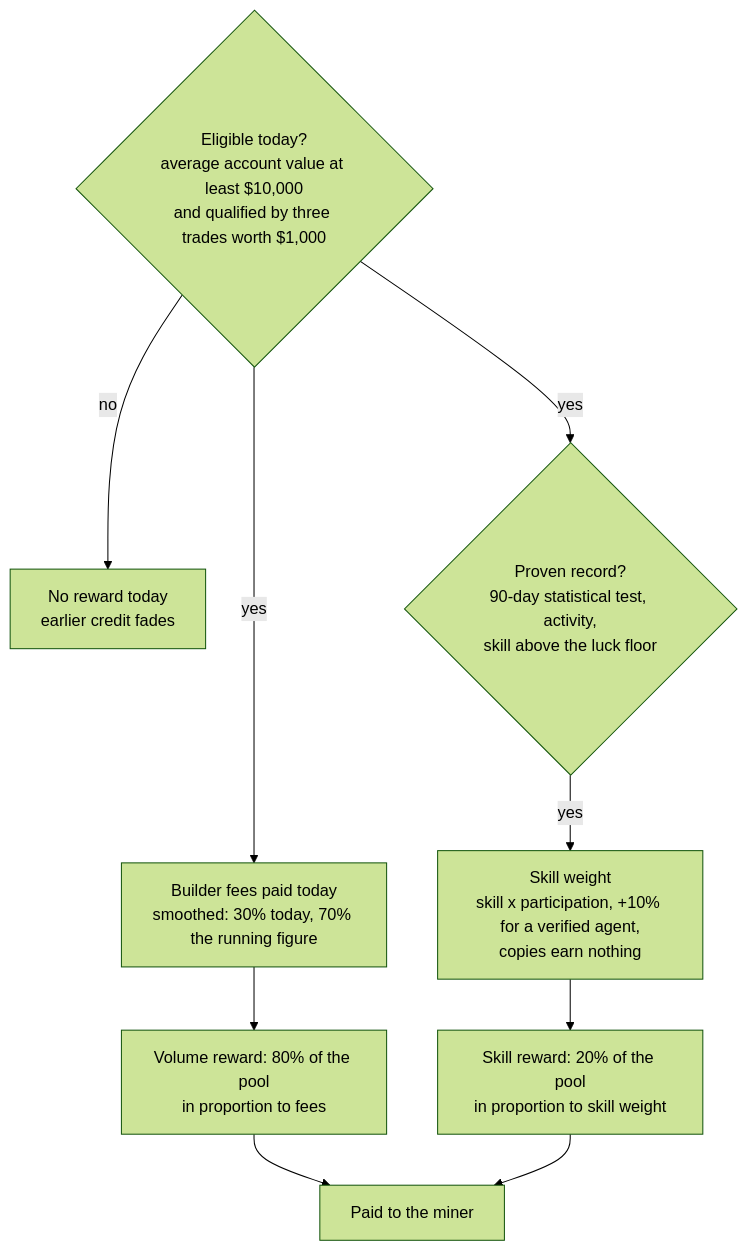
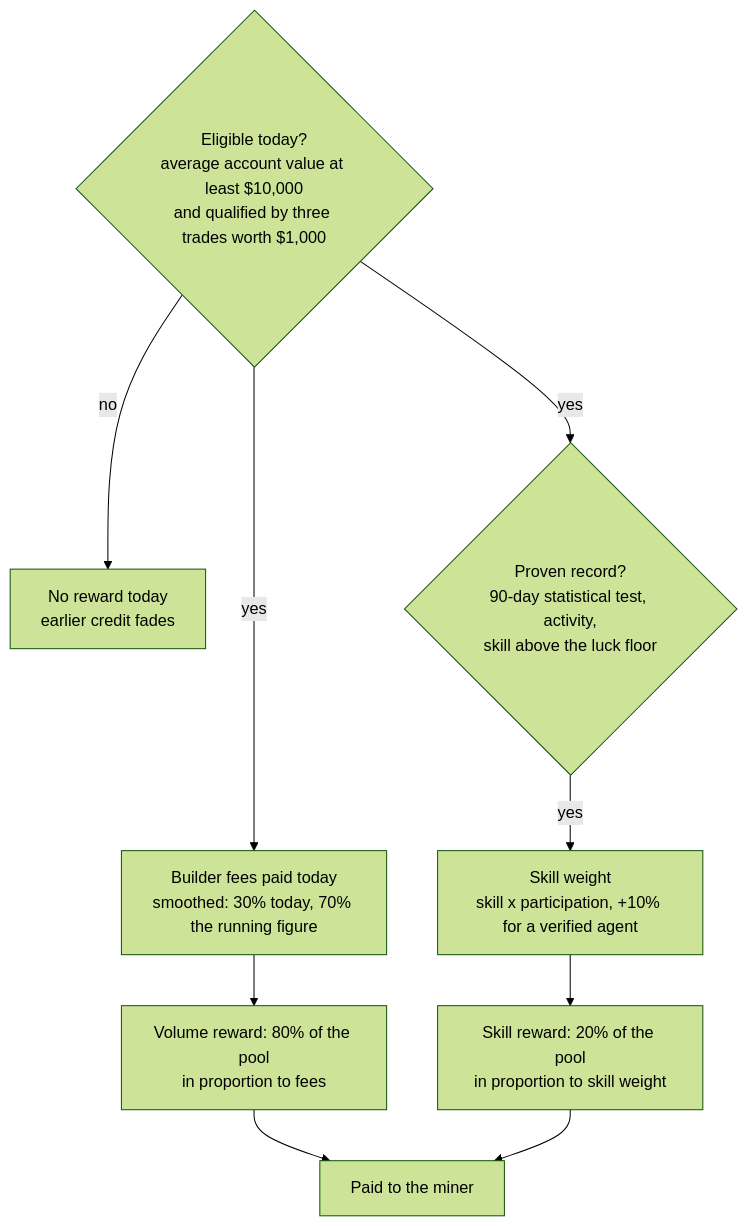
One commit to kokoahdotcom/kokoah-subnet changed the third of 3 diagrams in docs/whitepaper.md. Above: the diagram before and after it, drawn with Mermaid (forest theme). The commit also changed other lines of this file, not shown here.

````diff
--- a/docs/whitepaper.md
+++ b/docs/whitepaper.md
@@ -128,11 +128,11 @@
 ```mermaid
 flowchart TD
   E{Eligible today?<br/>average account value at least $10,000<br/>and qualified by three trades worth $1,000} -->|no| Z[No reward today<br/>earlier credit fades]
   E -->|yes| F[Builder fees paid today<br/>smoothed: 30% today, 70% the running figure]
   F --> VP[Volume reward: 80% of the pool<br/>in proportion to fees]
   E -->|yes| S{Proven record?<br/>90-day statistical test, activity,<br/>skill above the luck floor}
-  S -->|yes| W[Skill weight<br/>skill x participation, +10% for a verified agent,<br/>copies earn nothing]
+  S -->|yes| W[Skill weight<br/>skill x participation, +10% for a verified agent]
   W --> SP[Skill reward: 20% of the pool<br/>in proportion to skill weight]
   VP --> PAY[Paid to the miner]
   SP --> PAY
 ```
````
